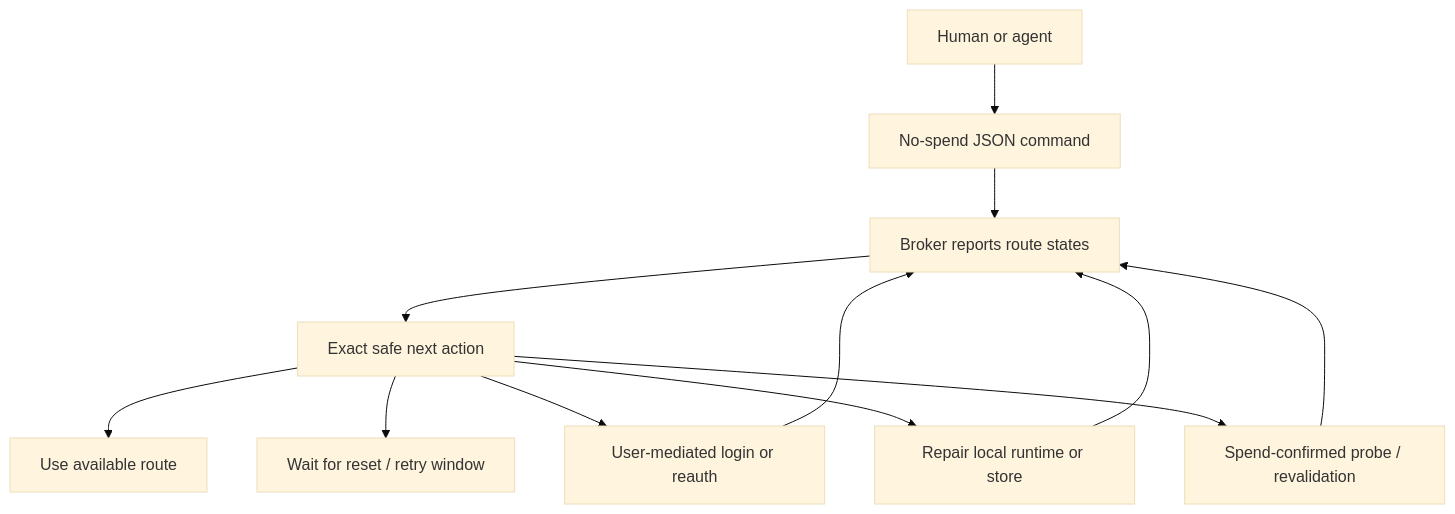
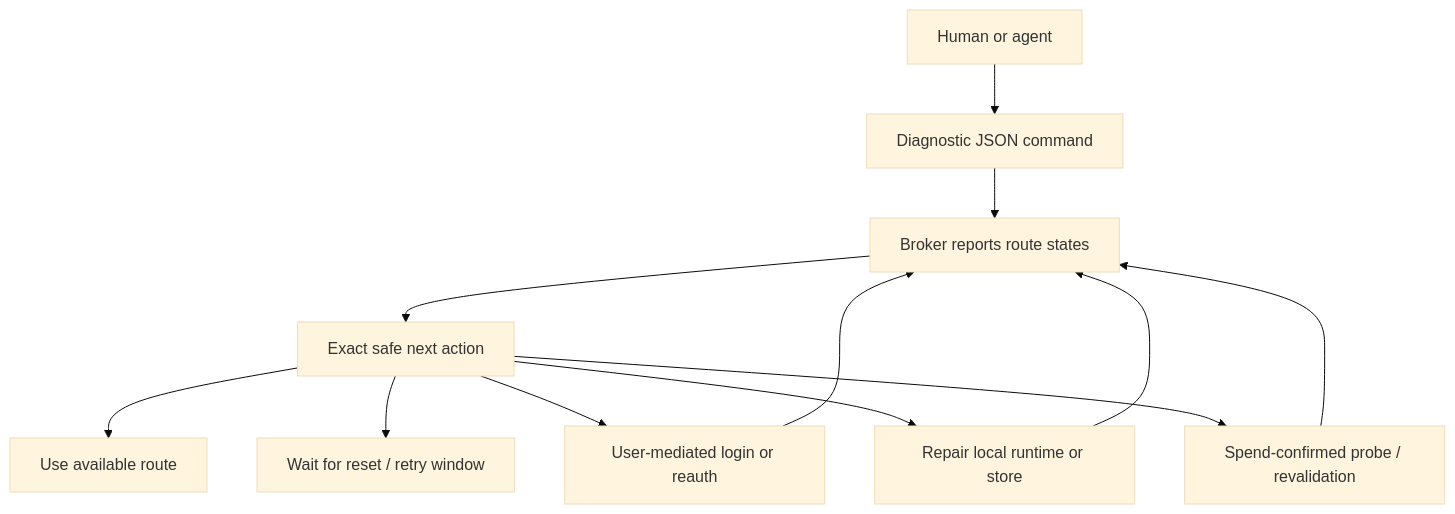
One commit to Jesssullivan/oauth-mux changed the third of 4 diagrams in docs/lifecycle.md. Above: the diagram before and after it, drawn with Mermaid (base theme). The commit also changed other lines of this file and 38 other files, not shown here.

Commit message:
Replace no-spend wording with diagnostic terminology

````diff
--- a/docs/lifecycle.md
+++ b/docs/lifecycle.md
@@ -75,16 +75,16 @@
 ```mermaid
 flowchart TB
-    human["Human or agent"] --> inspect["No-spend JSON command"]
+    human["Human or agent"] --> inspect["Diagnostic JSON command"]
     inspect --> broker["Broker reports route states"]
     broker --> action["Exact safe next action"]
 
     action --> use["Use available route"]
     action --> wait["Wait for reset / retry window"]
     action --> reauth["User-mediated login or reauth"]
     action --> repair["Repair local runtime or store"]
     action --> confirm["Spend-confirmed probe / revalidation"]
 
     reauth --> broker
     repair --> broker
     confirm --> broker
 ```
````
